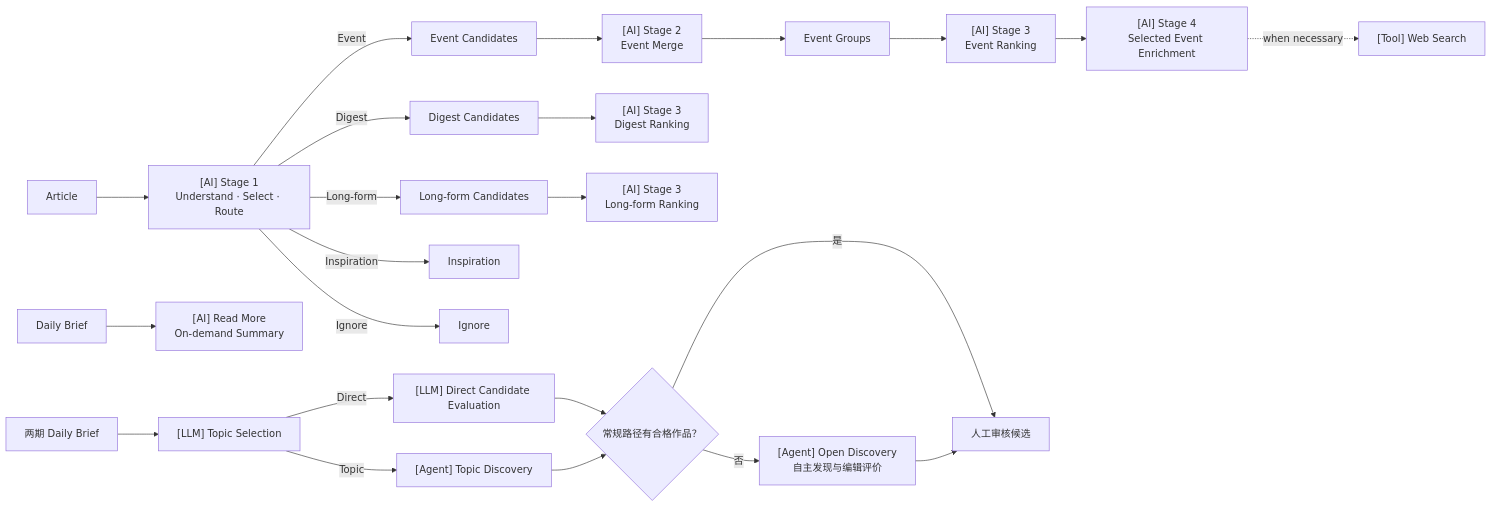
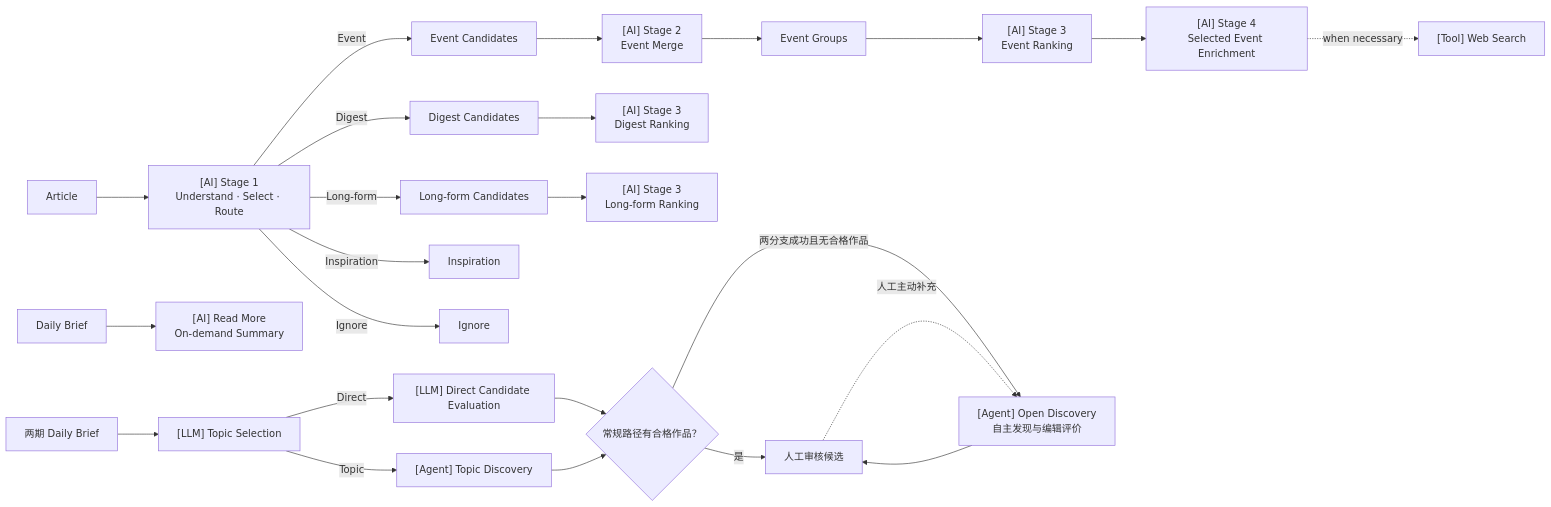
One commit to QHYK/X-AI changed the diagram in docs/03-ai-workflow-spec.md. Above: the diagram before and after it, drawn with Mermaid. The commit also changed other lines of this file and 14 other files, not shown here.

````diff
--- a/docs/03-ai-workflow-spec.md
+++ b/docs/03-ai-workflow-spec.md
@@ -23,26 +23,27 @@
 ```mermaid
 flowchart LR
     A["Article"] --> S1["[AI] Stage 1<br/>Understand · Select · Route"]
     S1 -->|Event| E["Event Candidates"]
     S1 -->|Digest| D["Digest Candidates"]
     S1 -->|Long-form| L["Long-form Candidates"]
     S1 -->|Inspiration| I["Inspiration"]
     S1 -->|Ignore| X["Ignore"]
     E --> S2["[AI] Stage 2<br/>Event Merge"]
     S2 --> EG["Event Groups"]
     EG --> ER["[AI] Stage 3<br/>Event Ranking"]
     D --> DR["[AI] Stage 3<br/>Digest Ranking"]
     L --> LR["[AI] Stage 3<br/>Long-form Ranking"]
     ER --> S4["[AI] Stage 4<br/>Selected Event Enrichment"]
     S4 -. "when necessary" .-> W["[Tool] Web Search"]
     UI["Daily Brief"] --> RM["[AI] Read More<br/>On-demand Summary"]
 
     DB["两期 Daily Brief"] --> TS["[LLM] Topic Selection"]
     TS -->|Direct| DV["[LLM] Direct Candidate Evaluation"]
     TS -->|Topic| TA["[Agent] Topic Discovery"]
     DV --> Q{"常规路径有合格作品？"}
     TA --> Q
     Q -->|是| HR["人工审核候选"]
-    Q -->|否| OA["[Agent] Open Discovery<br/>自主发现与编辑评价"]
+    Q -->|两分支成功且无合格作品| OA["[Agent] Open Discovery<br/>自主发现与编辑评价"]
     OA --> HR
+    HR -.->|人工主动补充| OA
 ```
````
